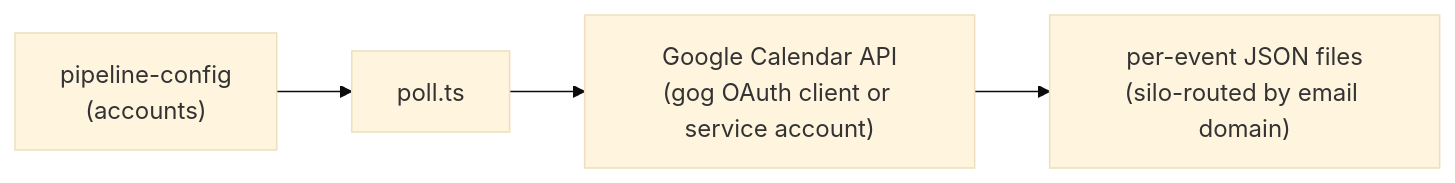
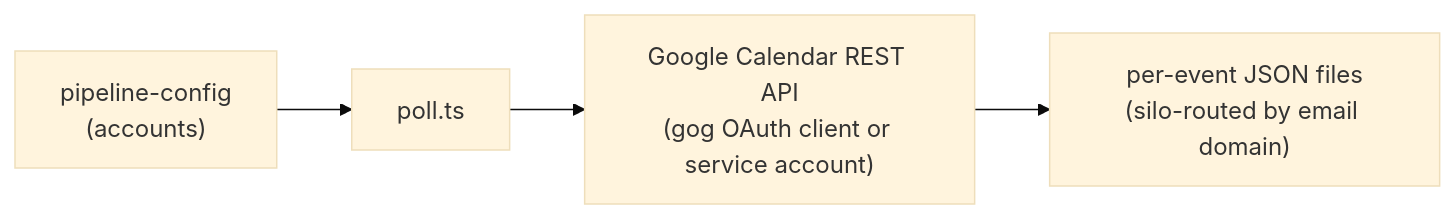
The diagram in src/calendar/README.md (karmaniverous/jeeves-scripts-template), drawn with Mermaid (base theme) before and after one commit. The commit also changed other lines of this file and 7 other files, not shown here.

````diff
--- a/src/calendar/README.md
+++ b/src/calendar/README.md
@@ -13,6 +13,6 @@
 ```mermaid
 flowchart LR
   config["pipeline-config\n(accounts)"] --> poll["poll.ts"]
-  poll --> gcal["Google Calendar API\n(gog OAuth client or service account)"]
+  poll --> gcal["Google Calendar REST API\n(gog OAuth client or service account)"]
   gcal --> events["per-event JSON files\n(silo-routed by email domain)"]
 ```
````
